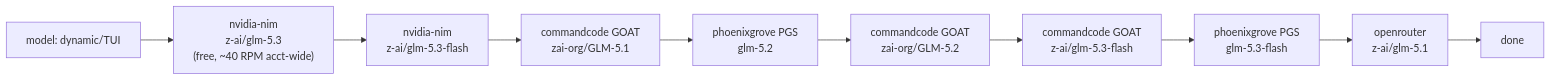
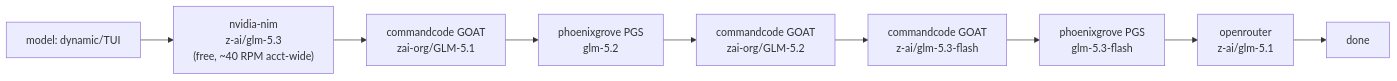
Before and after one commit to phillias/dotfiles: the second of 17 diagrams in dot_agents/skills/provider-catalog/references/ROUTING_TOPOLOGY.md, drawn with Mermaid. The commit also changed other lines of this file and 1 other file, not shown here.

First line of the commit message:
docs(provider-catalog): remove dead NIM glm-5.3-flash rung from dynamic/TUI

````diff
--- a/dot_agents/skills/provider-catalog/references/ROUTING_TOPOLOGY.md
+++ b/dot_agents/skills/provider-catalog/references/ROUTING_TOPOLOGY.md
@@ -60,4 +65,4 @@
 ```mermaid
 flowchart LR
-    in["model: dynamic/TUI"] --> n0["nvidia-nim<br/>z-ai/glm-5.3<br/>(free, ~40 RPM acct-wide)"] --> n1["nvidia-nim<br/>z-ai/glm-5.3-flash"] --> n2["commandcode GOAT<br/>zai-org/GLM-5.1"] --> n3["phoenixgrove PGS<br/>glm-5.2"] --> n4["commandcode GOAT<br/>zai-org/GLM-5.2"] --> n5["commandcode GOAT<br/>z-ai/glm-5.3-flash"] --> n6["phoenixgrove PGS<br/>glm-5.3-flash"] --> n7["openrouter<br/>z-ai/glm-5.1"] --> done[done]
+    in["model: dynamic/TUI"] --> n0["nvidia-nim<br/>z-ai/glm-5.3<br/>(free, ~40 RPM acct-wide)"] --> n1["commandcode GOAT<br/>zai-org/GLM-5.1"] --> n2["phoenixgrove PGS<br/>glm-5.2"] --> n3["commandcode GOAT<br/>zai-org/GLM-5.2"] --> n4["commandcode GOAT<br/>z-ai/glm-5.3-flash"] --> n5["phoenixgrove PGS<br/>glm-5.3-flash"] --> n6["openrouter<br/>z-ai/glm-5.1"] --> done[done]
 ```
````
